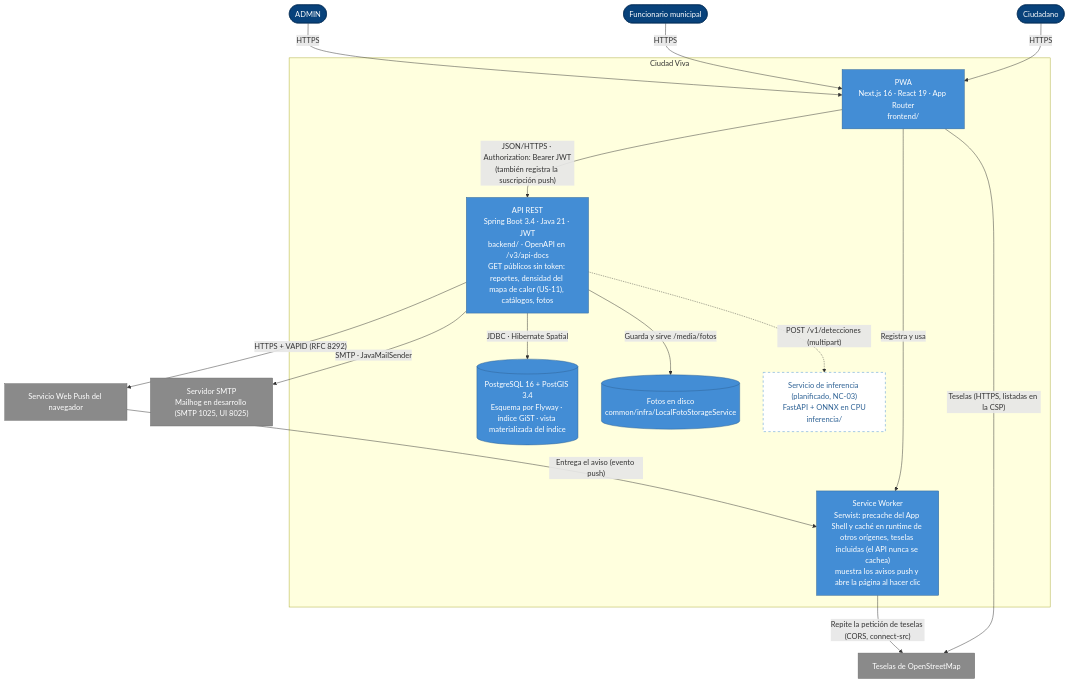
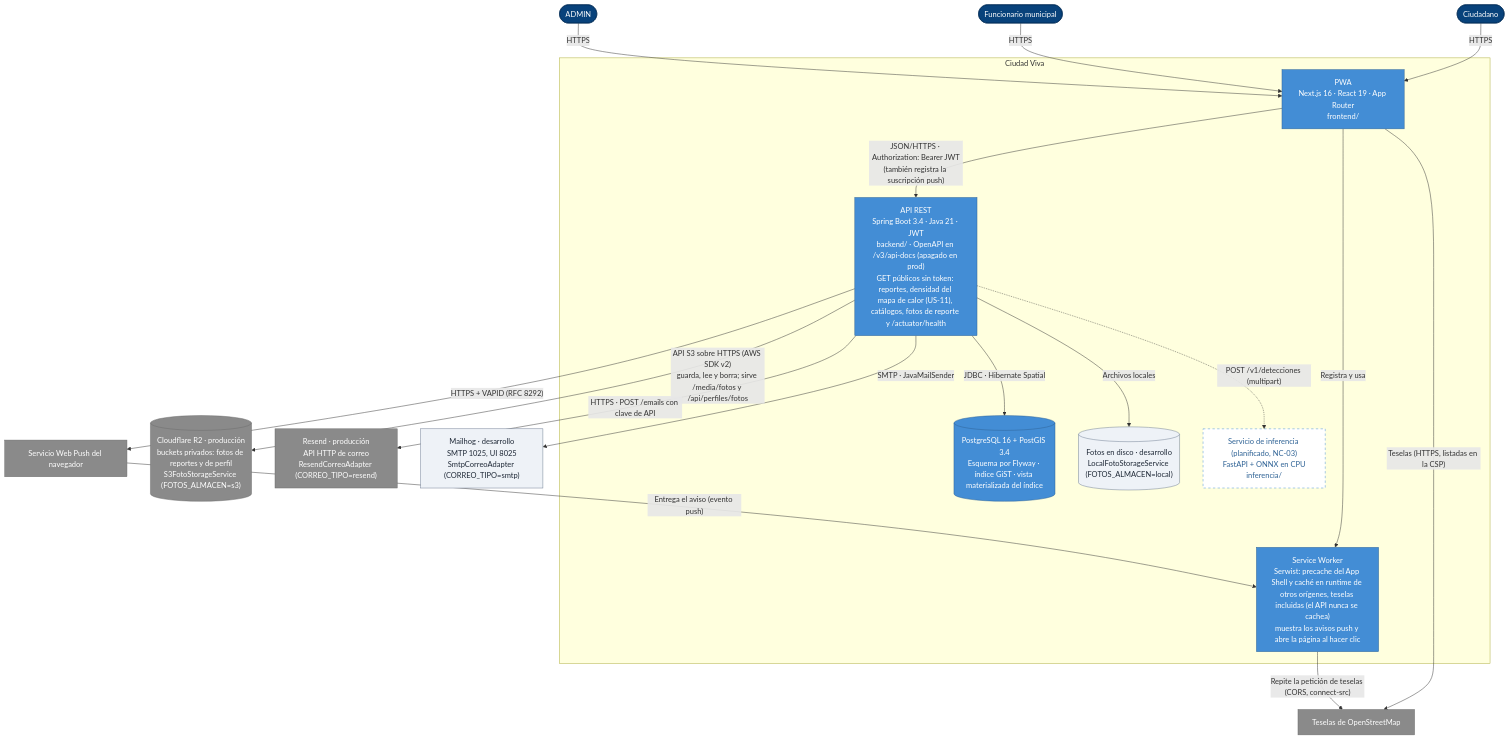
Before and after one commit to TP202620041/tesis: the diagram in docs/arquitectura/c4-contenedores.md, drawn with Mermaid. The commit also changed other lines of this file and 6 other files, not shown here.

First line of the commit message:
DOC: diagramas de arquitectura (R2 y Resend en los C4, despliegue con las decisiones aceptadas, V18 y QA-1 en los generados)

````diff
--- a/docs/arquitectura/c4-contenedores.md
+++ b/docs/arquitectura/c4-contenedores.md
@@ -5,42 +5,48 @@
 ```mermaid
 flowchart TB
   ciudadano(["Ciudadano"])
   funcionario(["Funcionario municipal"])
   admin(["ADMIN"])
 
   subgraph viasegura["Ciudad Viva"]
     pwa["PWA<br/>Next.js 16 · React 19 · App Router<br/>frontend/"]
     sw["Service Worker<br/>Serwist: precache del App Shell y caché en runtime de otros orígenes, teselas incluidas (el API nunca se cachea)<br/>muestra los avisos push y abre la página al hacer clic"]
-    api["API REST<br/>Spring Boot 3.4 · Java 21 · JWT<br/>backend/ · OpenAPI en /v3/api-docs<br/>GET públicos sin token: reportes, densidad del mapa de calor (US-11), catálogos, fotos"]
+    api["API REST<br/>Spring Boot 3.4 · Java 21 · JWT<br/>backend/ · OpenAPI en /v3/api-docs (apagado en prod)<br/>GET públicos sin token: reportes, densidad del mapa de calor (US-11), catálogos, fotos de reporte y /actuator/health"]
     db[("PostgreSQL 16 + PostGIS 3.4<br/>Esquema por Flyway · índice GiST · vista materializada del índice")]
-    fotos[("Fotos en disco<br/>common/infra/LocalFotoStorageService")]
+    disco[("Fotos en disco · desarrollo<br/>LocalFotoStorageService (FOTOS_ALMACEN=local)")]
     inferencia["Servicio de inferencia (planificado, NC-03)<br/>FastAPI + ONNX en CPU<br/>inferencia/"]
   end
 
-  smtp["Servidor SMTP<br/>Mailhog en desarrollo (SMTP 1025, UI 8025)"]
+  r2[("Cloudflare R2 · producción<br/>buckets privados: fotos de reportes y de perfil<br/>S3FotoStorageService (FOTOS_ALMACEN=s3)")]
+  resend["Resend · producción<br/>API HTTP de correo<br/>ResendCorreoAdapter (CORREO_TIPO=resend)"]
+  mailhog["Mailhog · desarrollo<br/>SMTP 1025, UI 8025<br/>SmtpCorreoAdapter (CORREO_TIPO=smtp)"]
   push["Servicio Web Push del navegador"]
   osm["Teselas de OpenStreetMap"]
 
   ciudadano -->|"HTTPS"| pwa
   funcionario -->|"HTTPS"| pwa
   admin -->|"HTTPS"| pwa
   pwa -->|"Registra y usa"| sw
   pwa -->|"JSON/HTTPS · Authorization: Bearer JWT<br/>(también registra la suscripción push)"| api
   pwa -->|"Teselas (HTTPS, listadas en la CSP)"| osm
   sw -->|"Repite la petición de teselas (CORS, connect-src)"| osm
   api -->|"JDBC · Hibernate Spatial"| db
-  api -->|"Guarda y sirve /media/fotos"| fotos
-  api -->|"SMTP · JavaMailSender"| smtp
+  api -->|"API S3 sobre HTTPS (AWS SDK v2)<br/>guarda, lee y borra; sirve /media/fotos y /api/perfiles/fotos"| r2
+  api -->|"Archivos locales"| disco
+  api -->|"HTTPS · POST /emails con clave de API"| resend
+  api -->|"SMTP · JavaMailSender"| mailhog
   api -->|"HTTPS + VAPID (RFC 8292)"| push
   push -->|"Entrega el aviso (evento push)"| sw
   api -.->|"POST /v1/detecciones (multipart)"| inferencia
 
   classDef persona fill:#08427b,stroke:#052e56,color:#ffffff
   classDef contenedor fill:#438dd5,stroke:#2e6295,color:#ffffff
   classDef externo fill:#8a8a8a,stroke:#6b6b6b,color:#ffffff
+  classDef desarrollo fill:#eef2f7,stroke:#6b7a90,color:#1f2937
   classDef planificado fill:#ffffff,stroke:#438dd5,stroke-dasharray:5 5,color:#2e6295
   class ciudadano,funcionario,admin persona
-  class pwa,sw,api,db,fotos contenedor
-  class smtp,push,osm externo
+  class pwa,sw,api,db contenedor
+  class r2,resend,push,osm externo
+  class disco,mailhog desarrollo
   class inferencia planificado
 ```
````
